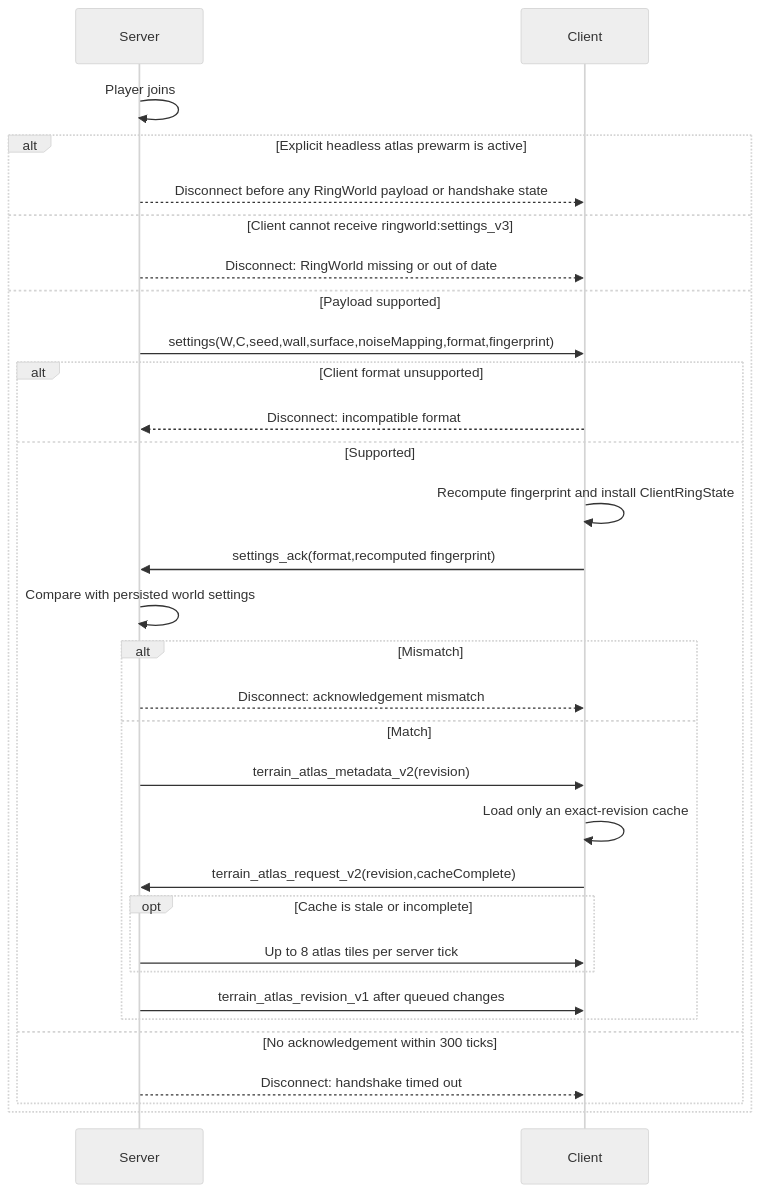
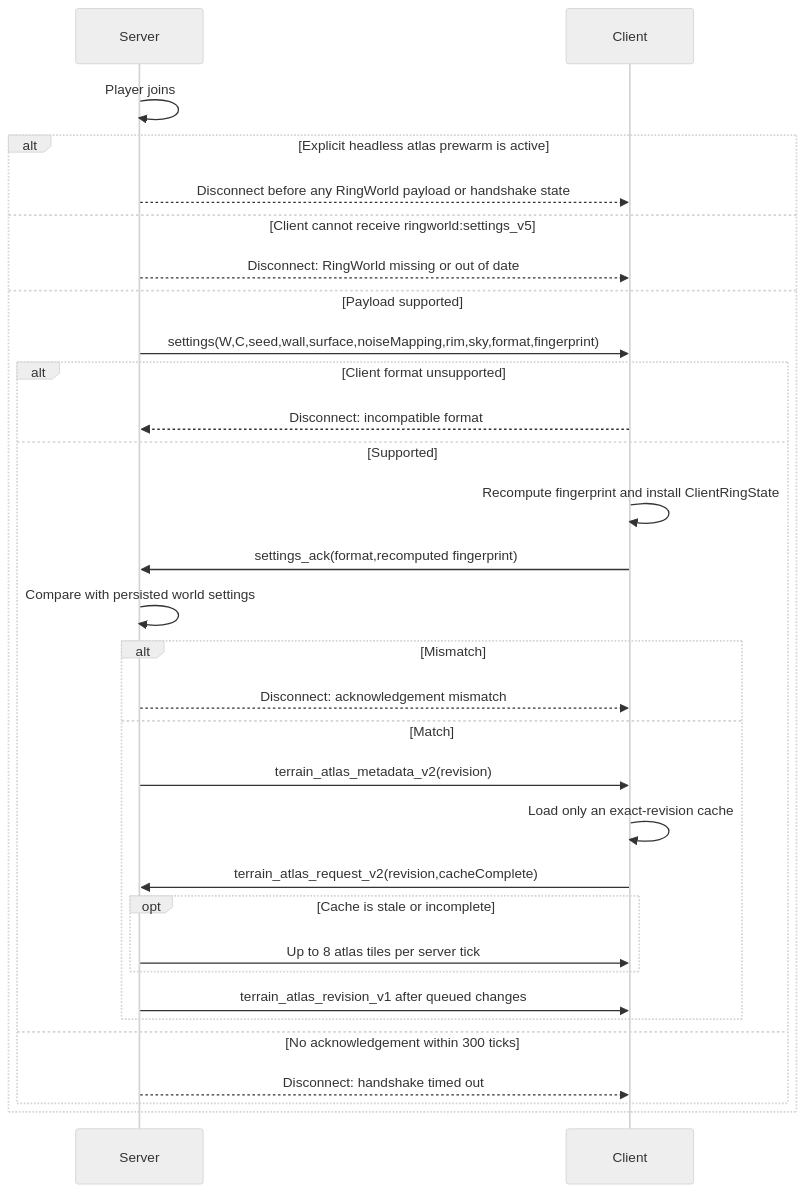
One commit to Delaser/RingWorld changed the diagram in docs/NETWORK_PROTOCOL.md. Above: the diagram before and after it, drawn with Mermaid (neutral theme). The commit also changed other lines of this file and 45 other files, not shown here.

Commit message:
Add configurable rim and sky profiles

````diff
--- a/docs/NETWORK_PROTOCOL.md
+++ b/docs/NETWORK_PROTOCOL.md
@@ -44,33 +47,33 @@
 ```mermaid
 sequenceDiagram
     participant S as Server
     participant C as Client
     S->>S: Player joins
     alt Explicit headless atlas prewarm is active
         S-->>C: Disconnect before any RingWorld payload or handshake state
-    else Client cannot receive ringworld:settings_v3
+    else Client cannot receive ringworld:settings_v5
         S-->>C: Disconnect: RingWorld missing or out of date
     else Payload supported
-        S->>C: settings(W,C,seed,wall,surface,noiseMapping,format,fingerprint)
+        S->>C: settings(W,C,seed,wall,surface,noiseMapping,rim,sky,format,fingerprint)
         alt Client format unsupported
             C-->>S: Disconnect: incompatible format
         else Supported
             C->>C: Recompute fingerprint and install ClientRingState
             C->>S: settings_ack(format,recomputed fingerprint)
             S->>S: Compare with persisted world settings
             alt Mismatch
                 S-->>C: Disconnect: acknowledgement mismatch
             else Match
                 S->>C: terrain_atlas_metadata_v2(revision)
                 C->>C: Load only an exact-revision cache
                 C->>S: terrain_atlas_request_v2(revision,cacheComplete)
                 opt Cache is stale or incomplete
                     S->>C: Up to 8 atlas tiles per server tick
                 end
                 S->>C: terrain_atlas_revision_v1 after queued changes
             end
         else No acknowledgement within 300 ticks
             S-->>C: Disconnect: handshake timed out
         end
     end
 ```
````
